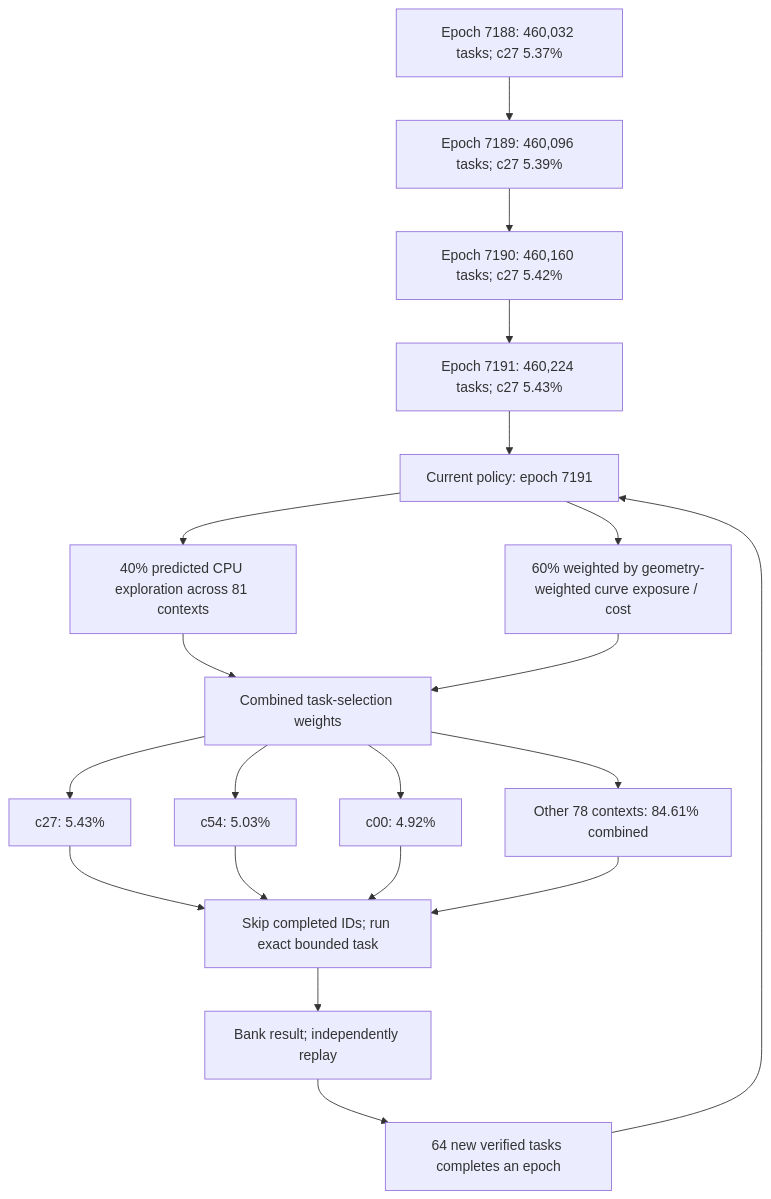
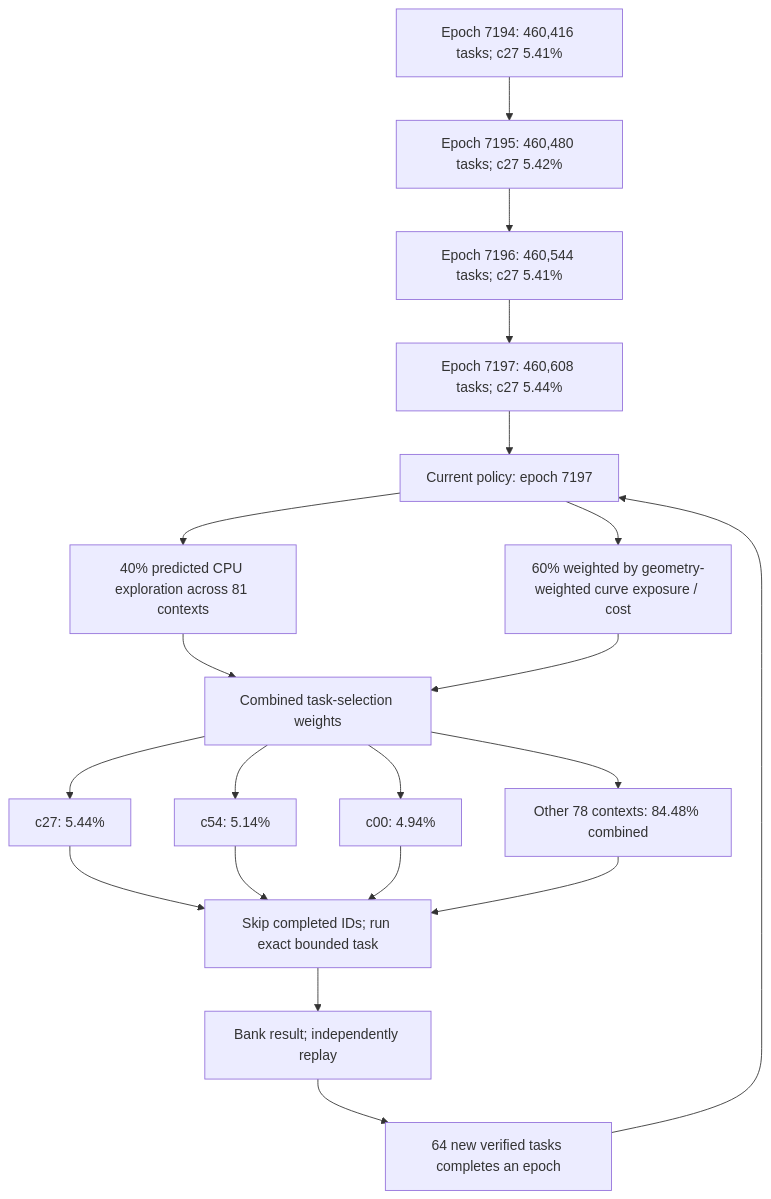
Before and after one commit to Kuberwastaken/math-gambling: the first of 4 diagrams in README.md, drawn with Mermaid. The commit also changed other lines of this file and 1928 other files, not shown here.

````diff
--- a/README.md
+++ b/README.md
@@ -60,27 +60,27 @@
 ```mermaid
 flowchart TD
-    H0["Epoch 7188: 460,032 tasks; c27 5.37%"]
-    H1["Epoch 7189: 460,096 tasks; c27 5.39%"]
+    H0["Epoch 7194: 460,416 tasks; c27 5.41%"]
+    H1["Epoch 7195: 460,480 tasks; c27 5.42%"]
     H0 --> H1
-    H2["Epoch 7190: 460,160 tasks; c27 5.42%"]
+    H2["Epoch 7196: 460,544 tasks; c27 5.41%"]
     H1 --> H2
-    H3["Epoch 7191: 460,224 tasks; c27 5.43%"]
+    H3["Epoch 7197: 460,608 tasks; c27 5.44%"]
     H2 --> H3
-    Policy["Current policy: epoch 7191"]
+    Policy["Current policy: epoch 7197"]
     H3 --> Policy
     Policy --> Explore["40% predicted CPU exploration across 81 contexts"]
     Policy --> Cost["60% weighted by geometry-weighted curve exposure / cost"]
     Explore --> Mix["Combined task-selection weights"]
     Cost --> Mix
-    Mix --> C0["c27: 5.43%"]
-    Mix --> C1["c54: 5.03%"]
-    Mix --> C2["c00: 4.92%"]
-    Mix --> Rest["Other 78 contexts: 84.61% combined"]
+    Mix --> C0["c27: 5.44%"]
+    Mix --> C1["c54: 5.14%"]
+    Mix --> C2["c00: 4.94%"]
+    Mix --> Rest["Other 78 contexts: 84.48% combined"]
     C0 --> Check["Skip completed IDs; run exact bounded task"]
     C1 --> Check
     C2 --> Check
     Rest --> Check
     Check --> Replay["Bank result; independently replay"]
     Replay --> Gate["64 new verified tasks completes an epoch"]
     Gate --> Policy
 ```
````
